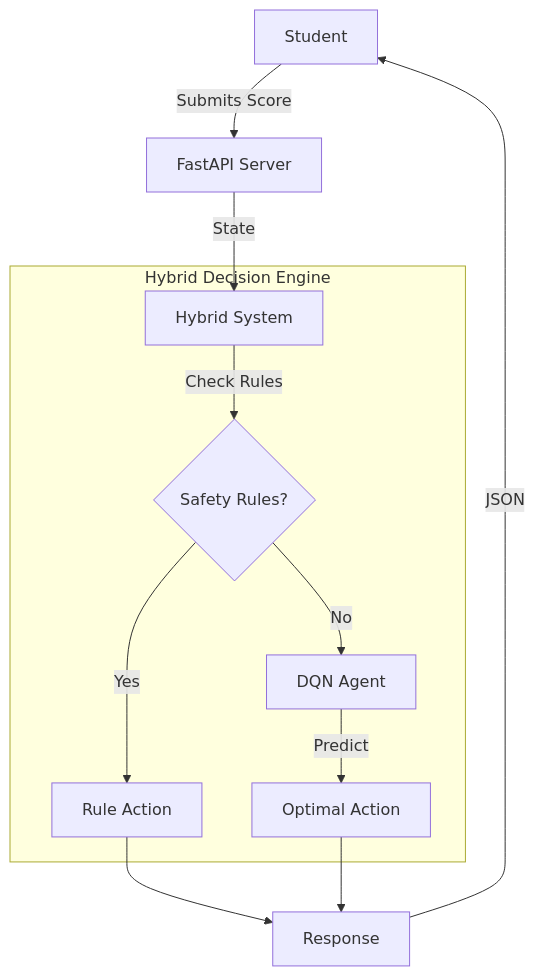
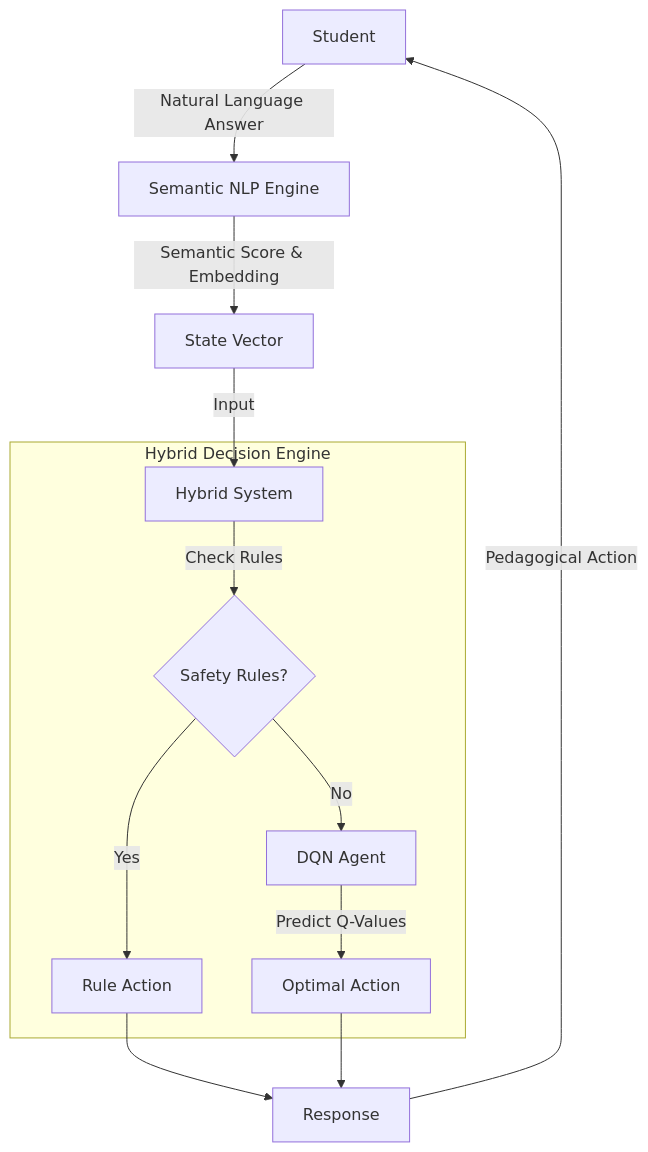
The diagram in README.md (suvomx1999/AI-Tutor), drawn with Mermaid before and after one commit. The commit also changed other lines of this file and 3 other files, not shown here.

````diff
--- a/README.md
+++ b/README.md
@@ -46,16 +63,17 @@
 ```mermaid
 graph TD
-    User[Student] -->|Submits Score| API[FastAPI Server];
-    API -->|State| Hybrid[Hybrid System];
+    User[Student] -->|Natural Language Answer| NLP[Semantic NLP Engine];
+    NLP -->|Semantic Score & Embedding| State[State Vector];
+    State -->|Input| Hybrid[Hybrid System];
     
     subgraph "Hybrid Decision Engine"
         Hybrid -->|Check Rules| Rules{Safety Rules?};
         Rules -->|Yes| Override[Rule Action];
         Rules -->|No| RL[DQN Agent];
-        RL -->|Predict| RLAction[Optimal Action];
+        RL -->|Predict Q-Values| RLAction[Optimal Action];
     end
     
     Override --> Response;
     RLAction --> Response;
-    Response -->|JSON| User;
+    Response -->|Pedagogical Action| User;
 ```
````
